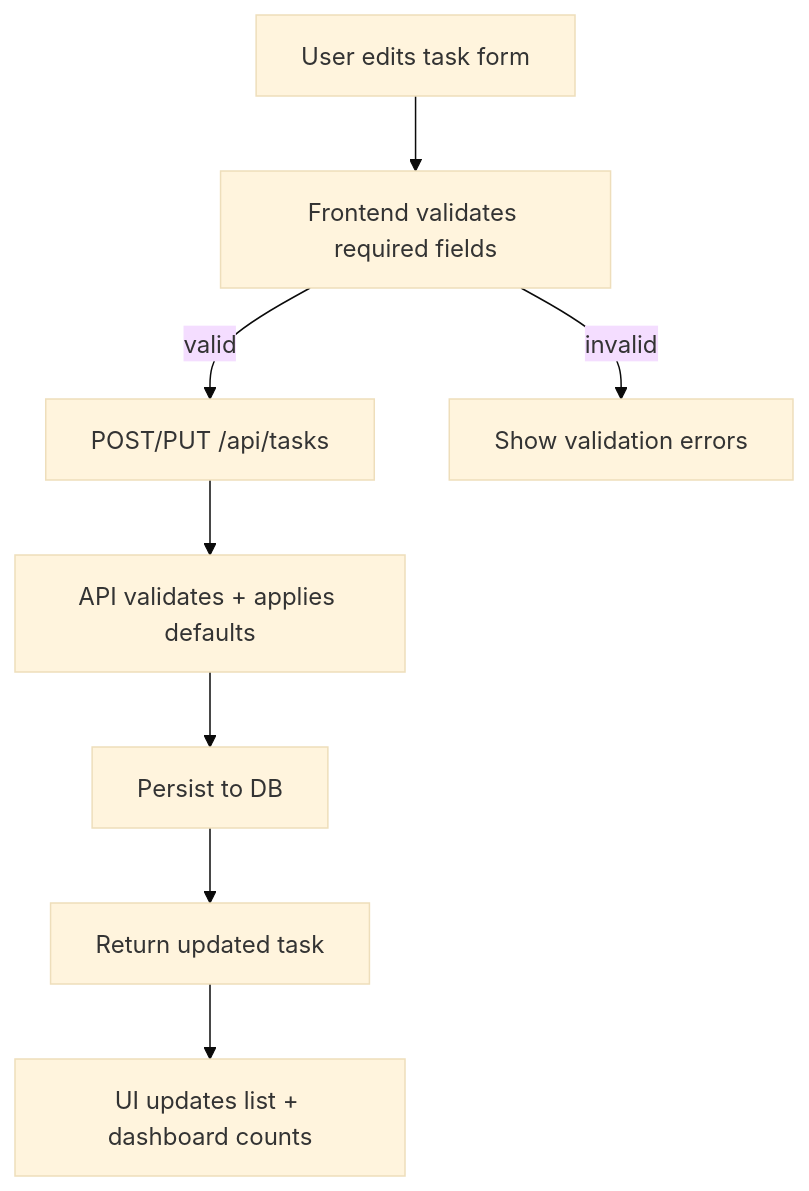
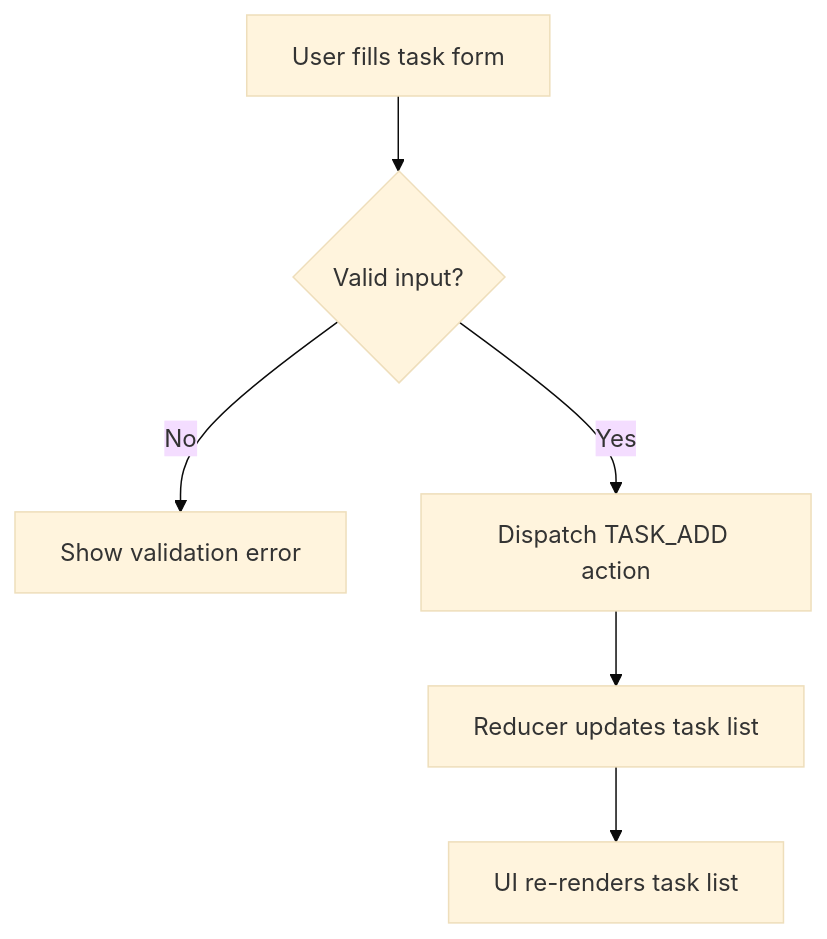
The third of 5 diagrams in HLD.md (nabia-debug/ReactJS-ToDoList), drawn with Mermaid (base theme) before and after one commit. The commit also changed other lines of this file, not shown here.

Commit message:
docs: update HLD.md aligned with task manager-React epic

````diff
--- a/HLD.md
+++ b/HLD.md
@@ -96,10 +128,8 @@
 ```mermaid
 flowchart TD
-  A[User edits task form] --> B[Frontend validates required fields]
-  B -- valid --> C[POST/PUT /api/tasks]
-  B -- invalid --> X[Show validation errors]
-  C --> D[API validates + applies defaults]
-  D --> E[Persist to DB]
-  E --> F[Return updated task]
-  F --> G[UI updates list + dashboard counts]
+  A[User fills task form] --> B{Valid input?}
+  B -- No --> C[Show validation error]
+  B -- Yes --> D[Dispatch TASK_ADD action]
+  D --> E[Reducer updates task list]
+  E --> F[UI re-renders task list]
 ```
````
